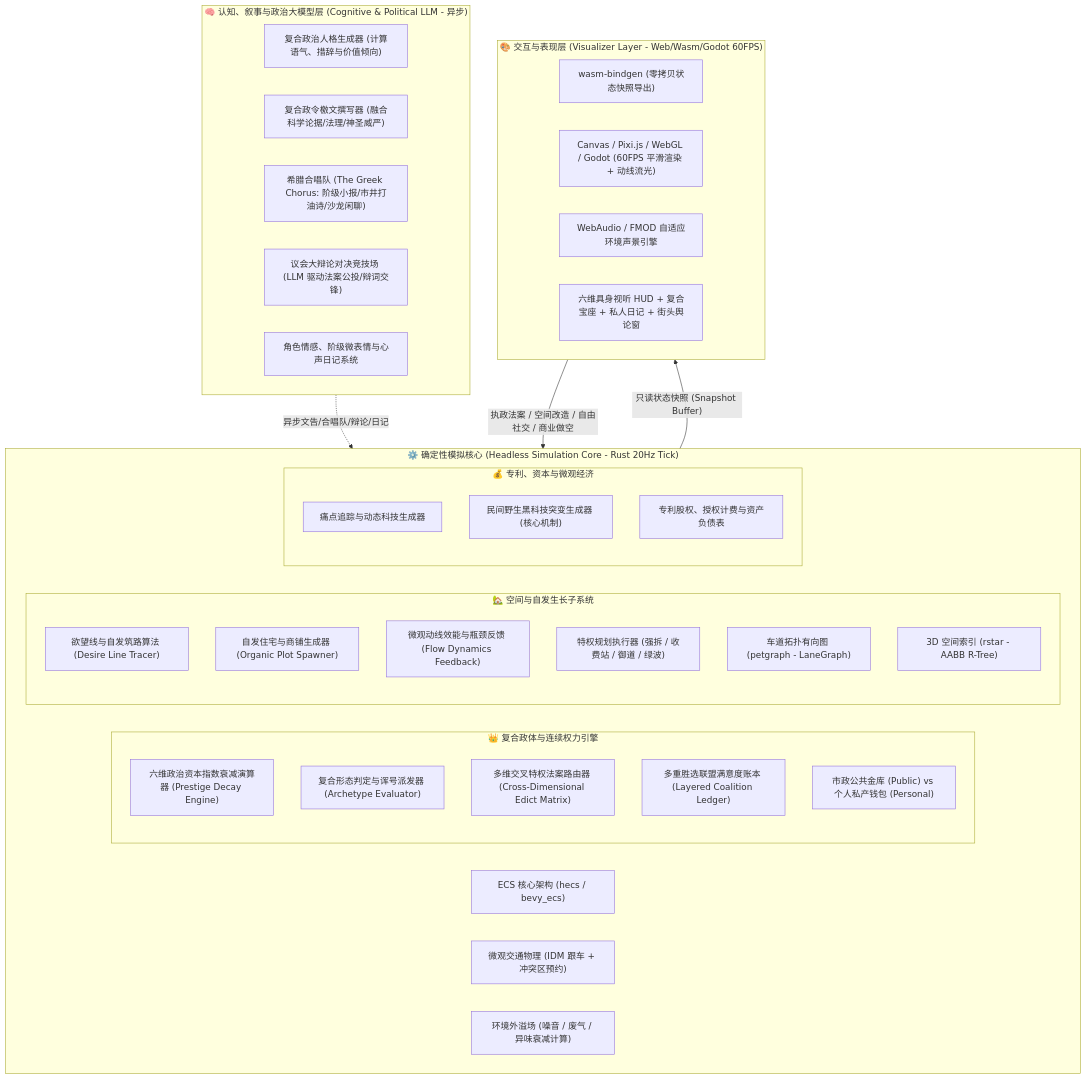
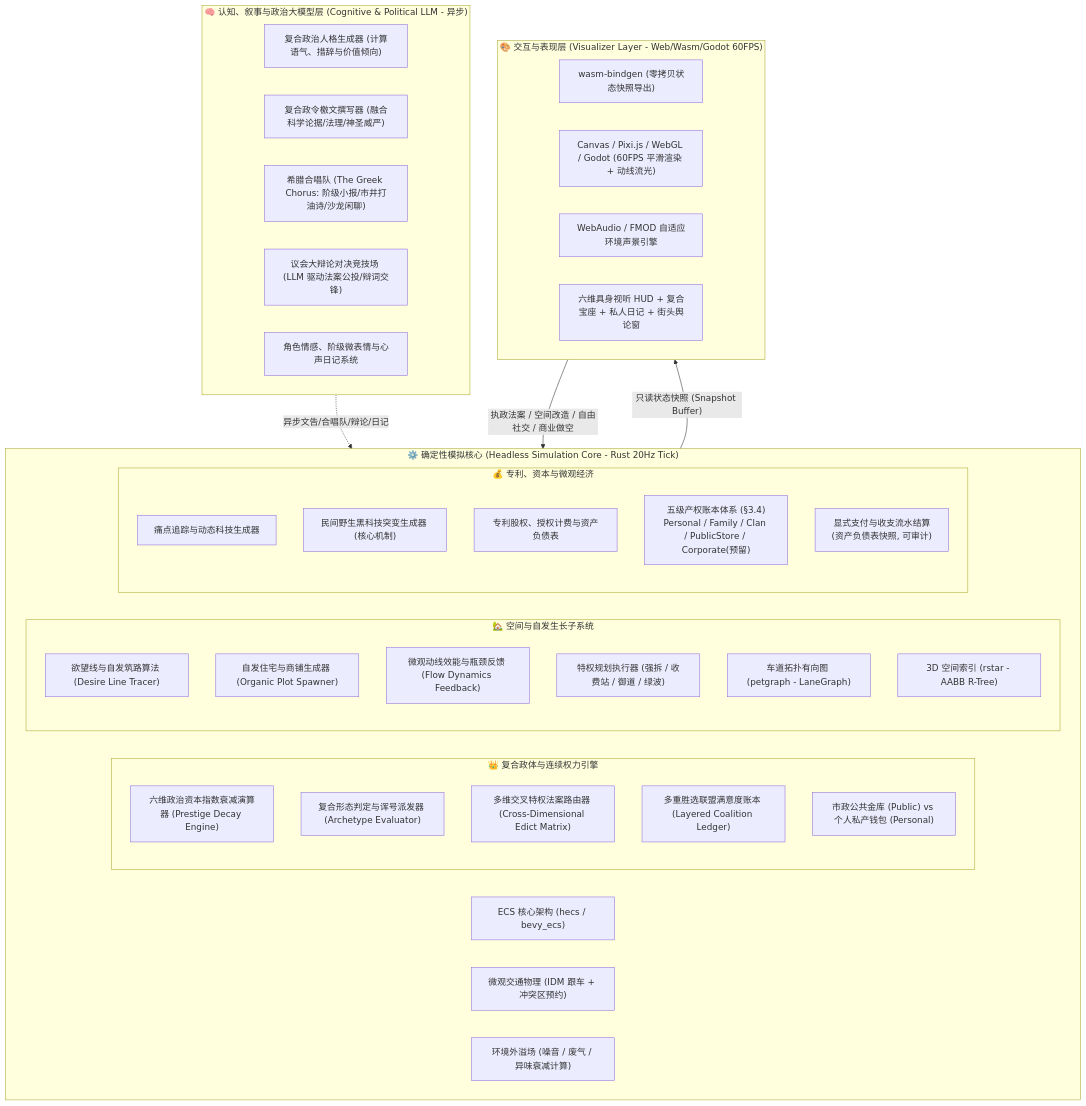
Before and after one commit to g39088902/FlowAndAccord: the seventh of 10 diagrams in docs/PLAN.md, drawn with Mermaid. The commit also changed other lines of this file and 6 other files, not shown here.

````diff
--- a/docs/PLAN.md
+++ b/docs/PLAN.md
@@ -294,51 +295,53 @@
 ```mermaid
 graph TB
     subgraph Cognitive ["🧠 认知、叙事与政治大模型层 (Cognitive & Political LLM - 异步)"]
         LLMProfile["复合政治人格生成器 (计算语气、措辞与价值倾向)"]
         EdictNarrator["复合政令檄文撰写器 (融合科学论据/法理/神圣威严)"]
         GreekChorus["希腊合唱队 (The Greek Chorus: 阶级小报/市井打油诗/沙龙闲聊)"]
         ParliamentaryArena["议会大辩论对决竞技场 (LLM 驱动法案公投/辩词交锋)"]
         DynasticRomance["角色情感、阶级微表情与心声日记系统"]
     end
 
     subgraph Core ["⚙️ 确定性模拟核心 (Headless Simulation Core - Rust 20Hz Tick)"]
         ECS["ECS 核心架构 (hecs / bevy_ecs)"]
         
         subgraph HybridPoliticalCore ["👑 复合政体与连续权力引擎"]
             PrestigeVectorEngine["六维政治资本指数衰减演算器 (Prestige Decay Engine)"]
             ArchetypeEvaluator["复合形态判定与诨号派发器 (Archetype Evaluator)"]
             EdictUnlockMatrix["多维交叉特权法案路由器 (Cross-Dimensional Edict Matrix)"]
             CoalitionLedger["多重胜选联盟满意度账本 (Layered Coalition Ledger)"]
             DualTreasury["市政公共金库 (Public) vs 个人私产钱包 (Personal)"]
         end
 
         subgraph SpatialCore ["🏡 空间与自发生长子系统"]
             DesireLine["欲望线与自发筑路算法 (Desire Line Tracer)"]
             OrganicBuild["自发住宅与商铺生成器 (Organic Plot Spawner)"]
             FlowDynamics["微观动线效能与瓶颈反馈 (Flow Dynamics Feedback)"]
             EdictPlanner["特权规划执行器 (强拆 / 收费站 / 御道 / 绿波)"]
             Topology["车道拓扑有向图 (petgraph - LaneGraph)"]
             SpatialIndex["3D 空间索引 (rstar - AABB R-Tree)"]
         end
 
         subgraph EconomySubsystem ["💰 专利、资本与微观经济"]
             PainTracker["痛点追踪与动态科技生成器"]
             WildPatentSpawner["民间野生黑科技突变生成器 (核心机制)"]
             PatentRegistry["专利股权、授权计费与资产负债表"]
+            PropertyLedger["五级产权账本体系 (§3.4)<br>Personal / Family / Clan / PublicStore / Corporate(预留)"]
+            ExplicitSettlement["显式支付与收支流水结算<br>(资产负债表快照, 可审计)"]
         end
 
         Physics["微观交通物理 (IDM 跟车 + 冲突区预约)"]
         Field["环境外溢场 (噪音 / 废气 / 异味衰减计算)"]
     end
 
     subgraph Presentation ["🎨 交互与表现层 (Visualizer Layer - Web/Wasm/Godot 60FPS)"]
         Wasm["wasm-bindgen (零拷贝状态快照导出)"]
         Renderer["Canvas / Pixi.js / WebGL / Godot (60FPS 平滑渲染 + 动线流光)"]
         AudioEngine["WebAudio / FMOD 自适应环境声景引擎"]
         UI["六维具身视听 HUD + 复合宝座 + 私人日记 + 街头舆论窗"]
     end
 
     Cognitive -.->|"异步文告/合唱队/辩论/日记"| Core
     Core -->|"只读状态快照 (Snapshot Buffer)"| Presentation
     Presentation -->|"执政法案 / 空间改造 / 自由社交 / 商业做空"| Core
 ```
````
